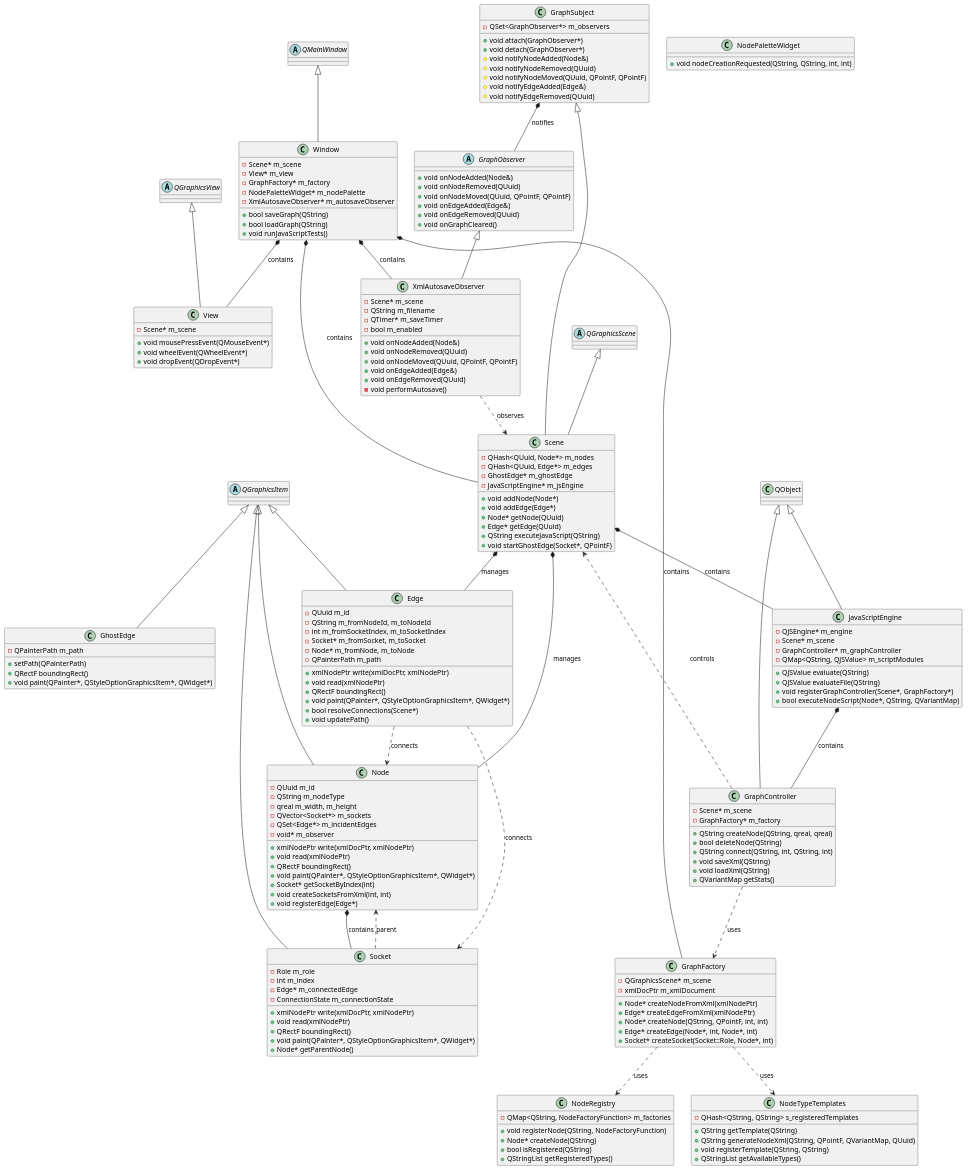
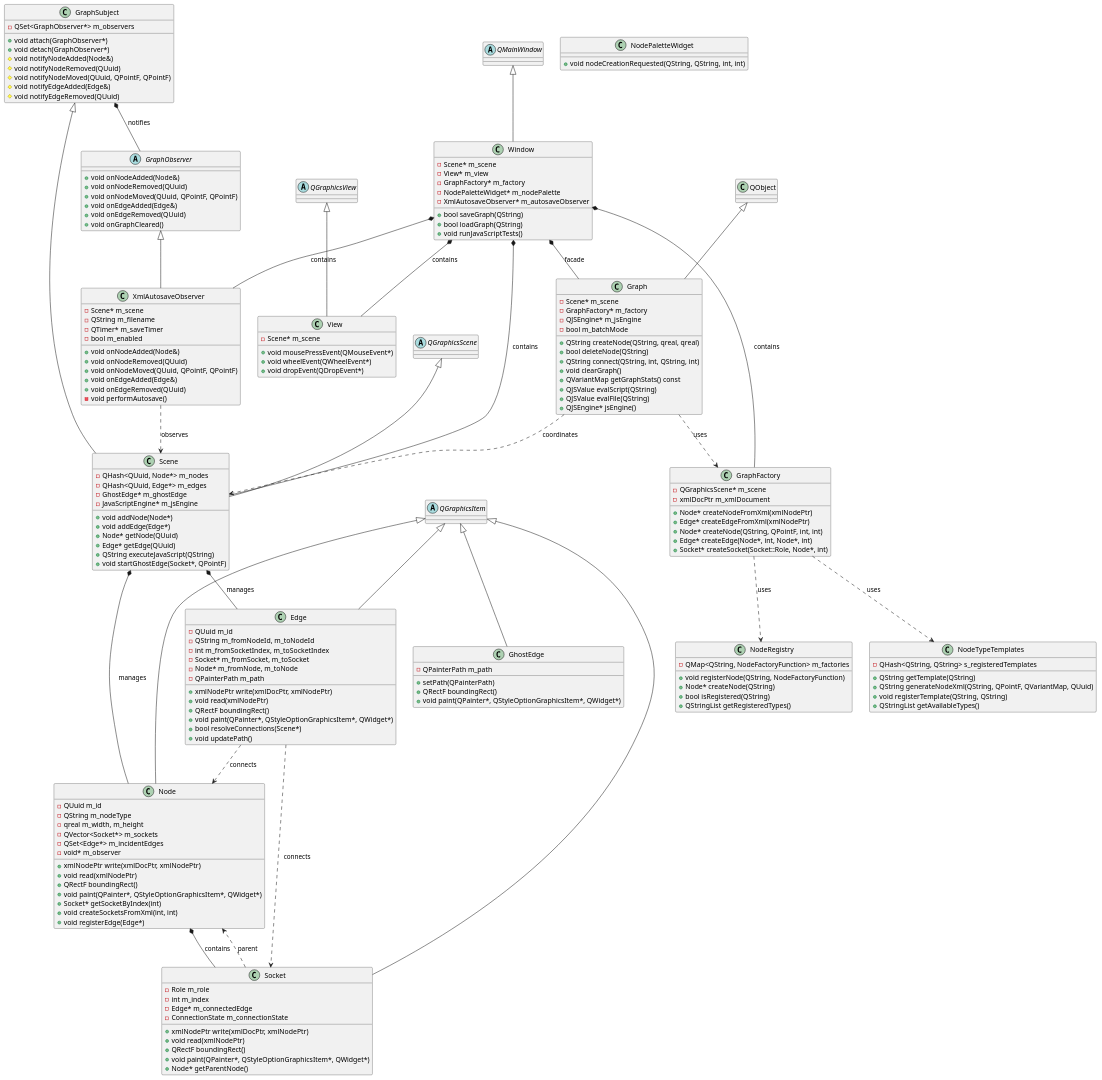
One commit to black13/cmake-qt5-socket-connector-small changed the first of 3 diagrams in architecture.md. Above: the diagram before and after it, drawn with PlantUML. The commit also changed other lines of this file and 12 other files, not shown here.

First line of the commit message:
feat: add JavaScript CLI execution via --script option

```diff
--- a/architecture.md
+++ b/architecture.md
@@ -339,27 +345,20 @@
     +QStringList getAvailableTypes()
 }
 
-' JavaScript Integration Layer
-class JavaScriptEngine {
-    -QJSEngine* m_engine
-    -Scene* m_scene
-    -GraphController* m_graphController
-    -QMap<QString, QJSValue> m_scriptModules
-    +QJSValue evaluate(QString)
-    +QJSValue evaluateFile(QString)
-    +void registerGraphController(Scene*, GraphFactory*)
-    +bool executeNodeScript(Node*, QString, QVariantMap)
-}
-
-class GraphController {
+' Facade and Scripting Layer
+class Graph {
     -Scene* m_scene
     -GraphFactory* m_factory
+    -QJSEngine* m_jsEngine
+    -bool m_batchMode
     +QString createNode(QString, qreal, qreal)
     +bool deleteNode(QString)
     +QString connect(QString, int, QString, int)
-    +void saveXml(QString)
-    +void loadXml(QString)
-    +QVariantMap getStats()
+    +void clearGraph()
+    +QVariantMap getGraphStats() const
+    +QJSValue evalScript(QString)
+    +QJSValue evalFile(QString)
+    +QJSEngine* jsEngine()
 }
 
 ' Observer Pattern Layer
@@ -409,8 +408,7 @@
 QGraphicsScene <|-- Scene
 QGraphicsView <|-- View
 QMainWindow <|-- Window
-QObject <|-- JavaScriptEngine
-QObject <|-- GraphController
+QObject <|-- Graph
 GraphObserver <|-- XmlAutosaveObserver
 GraphSubject <|-- Scene
 
@@ -418,22 +416,21 @@
 Node *-- Socket : "contains"
 Scene *-- Node : "manages"
 Scene *-- Edge : "manages"
-Scene *-- JavaScriptEngine : "contains"
 Window *-- Scene : "contains"
 Window *-- View : "contains"
 Window *-- GraphFactory : "contains"
 Window *-- XmlAutosaveObserver : "contains"
+Window *-- Graph : "facade"
 GraphFactory ..> NodeRegistry : "uses"
 GraphFactory ..> NodeTypeTemplates : "uses"
-JavaScriptEngine *-- GraphController : "contains"
+Graph ..> Scene : "coordinates"
+Graph ..> GraphFactory : "uses"
 GraphSubject *-- GraphObserver : "notifies"
 
 ' Dependencies
 Edge ..> Socket : "connects"
 Edge ..> Node : "connects"
 Socket ..> Node : "parent"
-GraphController ..> Scene : "controls"
-GraphController ..> GraphFactory : "uses"
 XmlAutosaveObserver ..> Scene : "observes"
 
 @enduml
```
